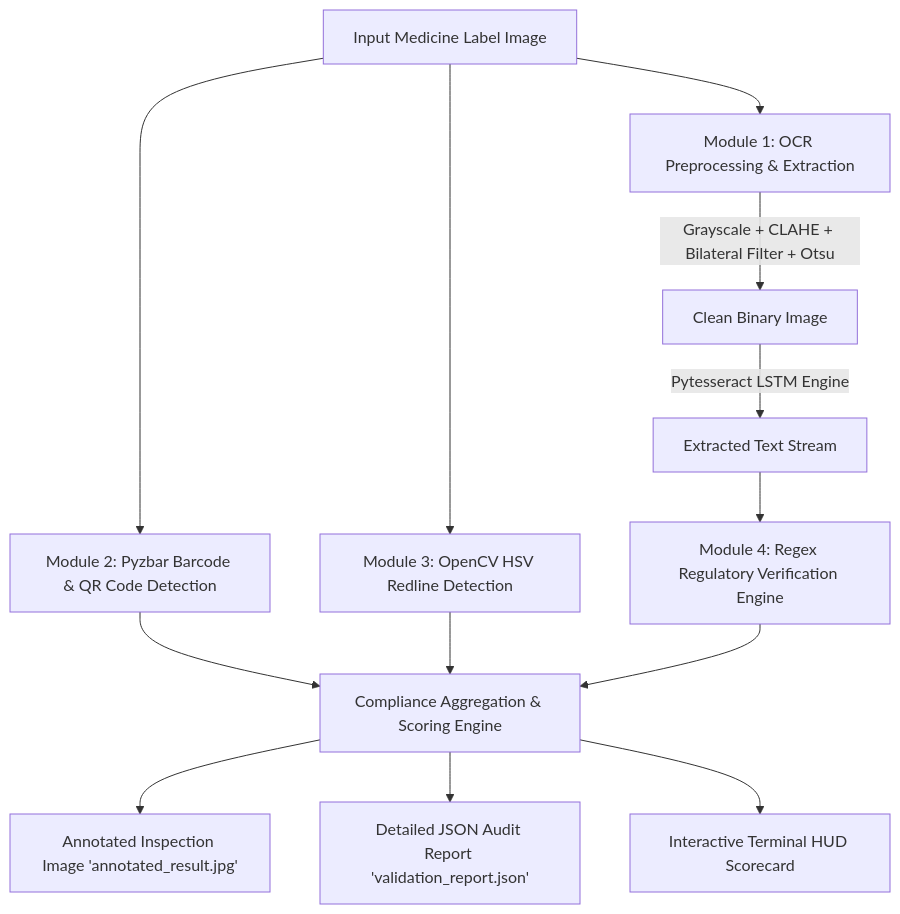
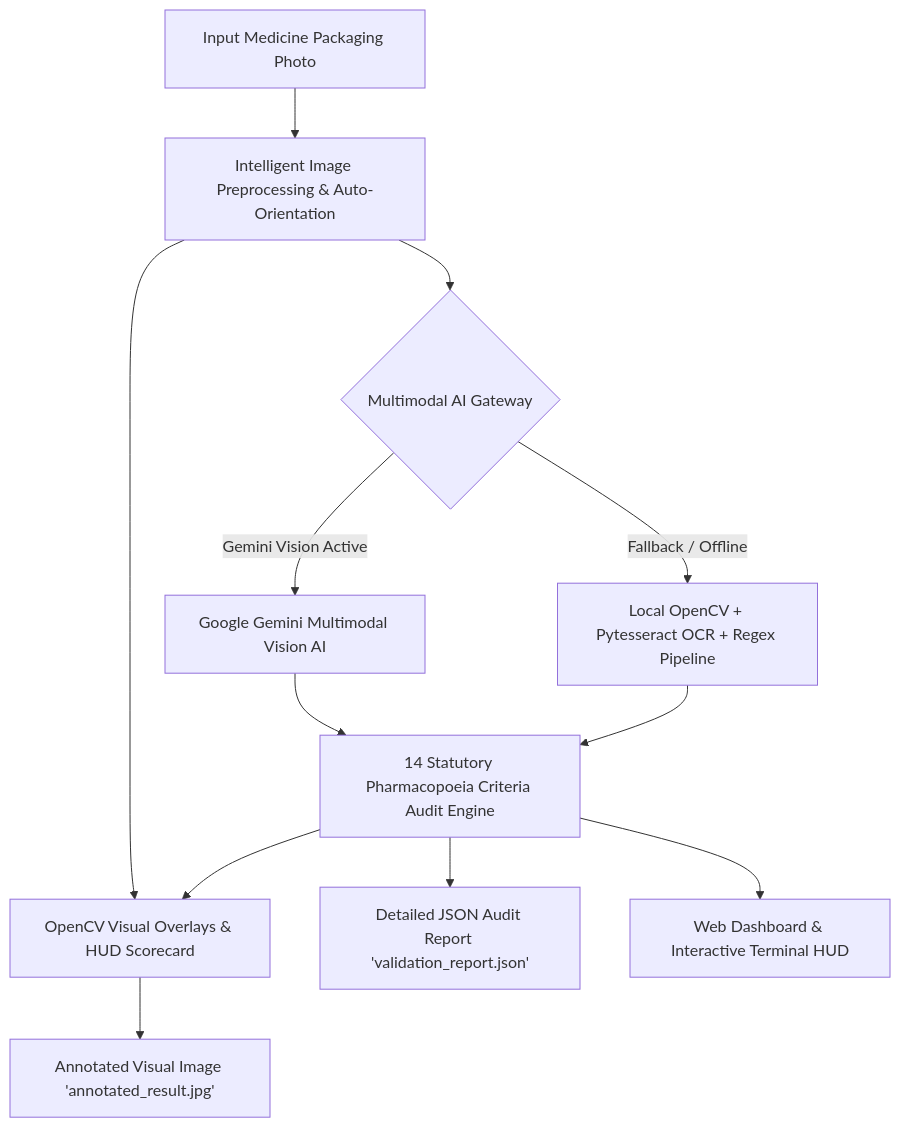
One commit to jaseelahamed/FAMI changed the diagram in README.md. Above: the diagram before and after it, drawn with Mermaid. The commit also changed other lines of this file and 15 other files, not shown here.

````diff
--- a/README.md
+++ b/README.md
@@ -15,19 +15,18 @@
 ```mermaid
 graph TD
-    A[Input Medicine Label Image] --> B[Module 1: OCR Preprocessing & Extraction]
-    A --> C[Module 2: Pyzbar Barcode & QR Code Detection]
-    A --> D[Module 3: OpenCV HSV Redline Detection]
+    A[Input Medicine Packaging Photo] --> B[Intelligent Image Preprocessing & Auto-Orientation]
     
-    B -->|Grayscale + CLAHE + Bilateral Filter + Otsu| B1[Clean Binary Image]
-    B1 -->|Pytesseract LSTM Engine| B2[Extracted Text Stream]
+    B --> C{Multimodal AI Gateway}
+    C -->|Gemini Vision Active| D[Google Gemini Multimodal Vision AI]
+    C -->|Fallback / Offline| E[Local OpenCV + Pytesseract OCR + Regex Pipeline]
     
-    B2 --> E[Module 4: Regex Regulatory Verification Engine]
-    
-    C --> F[Compliance Aggregation & Scoring Engine]
-    D --> F
+    D --> F[14 Statutory Pharmacopoeia Criteria Audit Engine]
     E --> F
     
-    F --> G[Annotated Inspection Image 'annotated_result.jpg']
-    F --> H[Detailed JSON Audit Report 'validation_report.json']
-    F --> I[Interactive Terminal HUD Scorecard]
+    B --> G[OpenCV Visual Overlays & HUD Scorecard]
+    F --> G
+    
+    G --> H[Annotated Visual Image 'annotated_result.jpg']
+    F --> I[Detailed JSON Audit Report 'validation_report.json']
+    F --> J[Web Dashboard & Interactive Terminal HUD]
 ```
````
